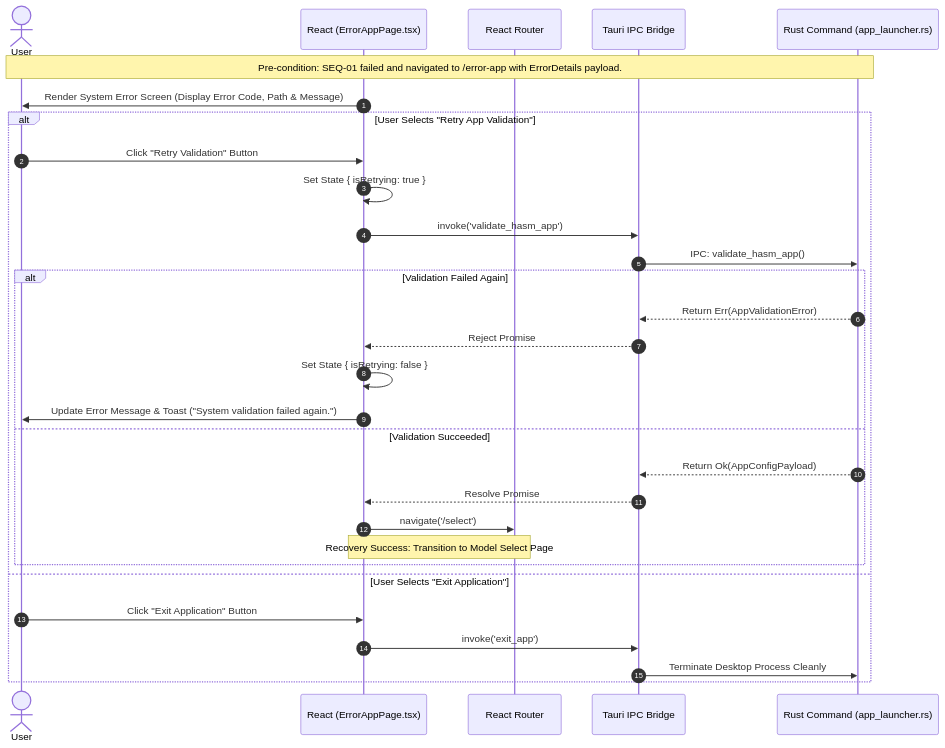
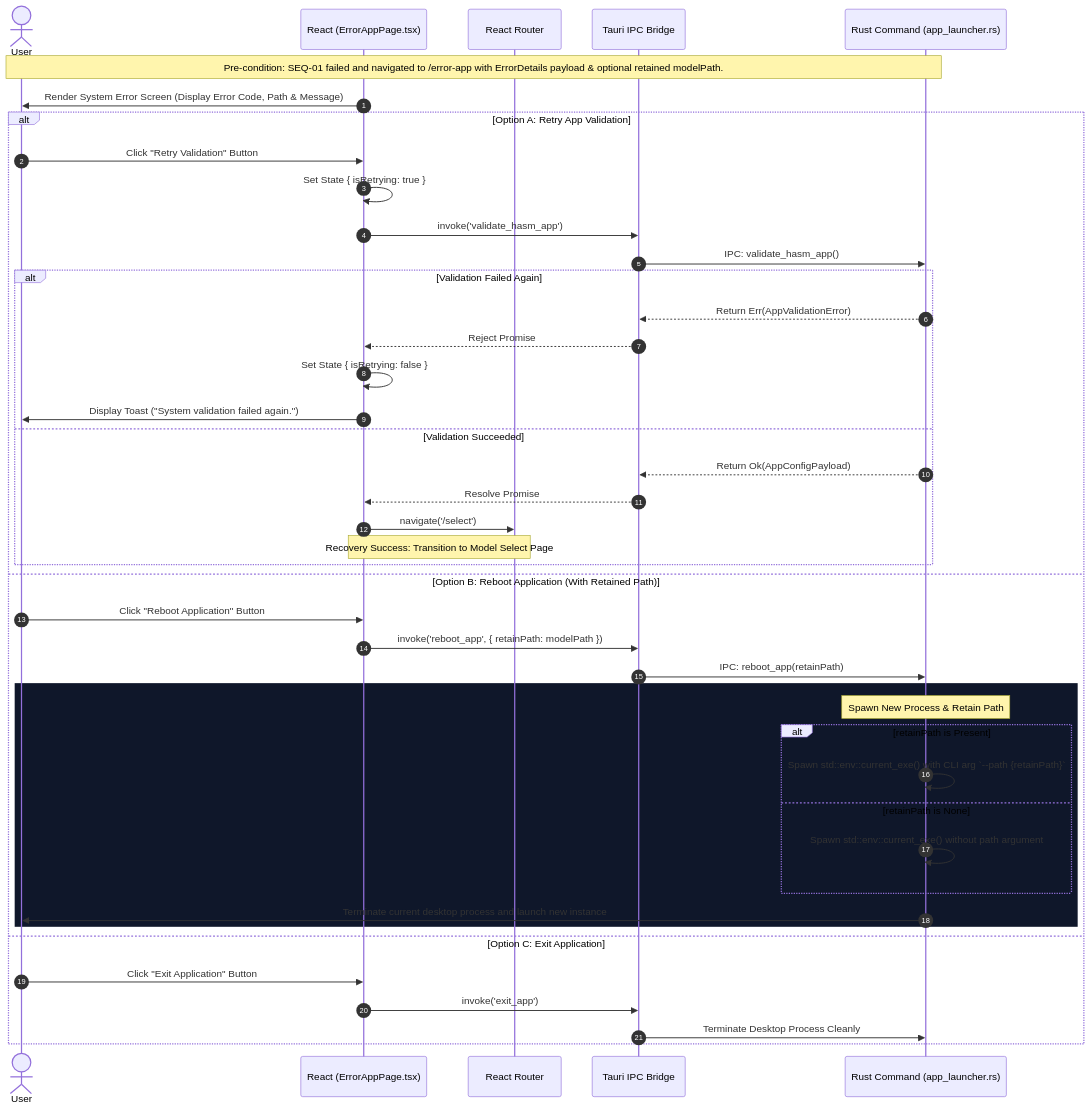
The first of 3 diagrams in docs/arch/15-SEQ-06_Error_Fallback.md (HibiyaHaraki/hasm), drawn with Mermaid before and after one commit. The commit also changed other lines of this file and 2 other files, not shown here.

Commit message:
Revise 15-SEQ-06_Error_Fallback architecture and specs

````diff
--- a/docs/arch/15-SEQ-06_Error_Fallback.md
+++ b/docs/arch/15-SEQ-06_Error_Fallback.md
@@ -37,38 +40,52 @@
 ```mermaid
 sequenceDiagram
     autonumber
     actor User as User
     participant React as React (ErrorAppPage.tsx)
     participant Router as React Router
     participant Bridge as Tauri IPC Bridge
     participant Rust as Rust Command (app_launcher.rs)
 
-    Note over User,Rust: Pre-condition: SEQ-01 failed and navigated to /error-app with ErrorDetails payload.
+    Note over User,Rust: Pre-condition: SEQ-01 failed and navigated to /error-app with ErrorDetails payload & optional retained modelPath.
 
     React->>User: Render System Error Screen (Display Error Code, Path & Message)
     
-    alt User Selects "Retry App Validation"
+    alt Option A: Retry App Validation
         User->>React: Click "Retry Validation" Button
         React->>React: Set State { isRetrying: true }
         
         React->>Bridge: invoke('validate_hasm_app')
         Bridge->>Rust: IPC: validate_hasm_app()
         
         alt Validation Failed Again
             Rust-->>Bridge: Return Err(AppValidationError)
             Bridge-->>React: Reject Promise
             React->>React: Set State { isRetrying: false }
-            React->>User: Update Error Message & Toast ("System validation failed again.")
+            React->>User: Display Toast ("System validation failed again.")
         else Validation Succeeded
             Rust-->>Bridge: Return Ok(AppConfigPayload)
             Bridge-->>React: Resolve Promise
             React->>Router: navigate('/select')
             Note over React,Router: Recovery Success: Transition to Model Select Page
         end
-    else User Selects "Exit Application"
+    else Option B: Reboot Application (With Retained Path)
+        User->>React: Click "Reboot Application" Button
+        React->>Bridge: invoke('reboot_app', { retainPath: modelPath })
+        Bridge->>Rust: IPC: reboot_app(retainPath)
+        
+        rect rgb(15, 23, 42)
+            Note over Rust: Spawn New Process & Retain Path
+            alt retainPath is Present
+                Rust->>Rust: Spawn std::env::current_exe() with CLI arg `--path {retainPath}`
+            else retainPath is None
+                Rust->>Rust: Spawn std::env::current_exe() without path argument
+            end
+            Rust->>User: Terminate current desktop process and launch new instance
+        end
+    else Option C: Exit Application
         User->>React: Click "Exit Application" Button
         React->>Bridge: invoke('exit_app')
         Bridge->>Rust: Terminate Desktop Process Cleanly
     end
 
 ```
````
